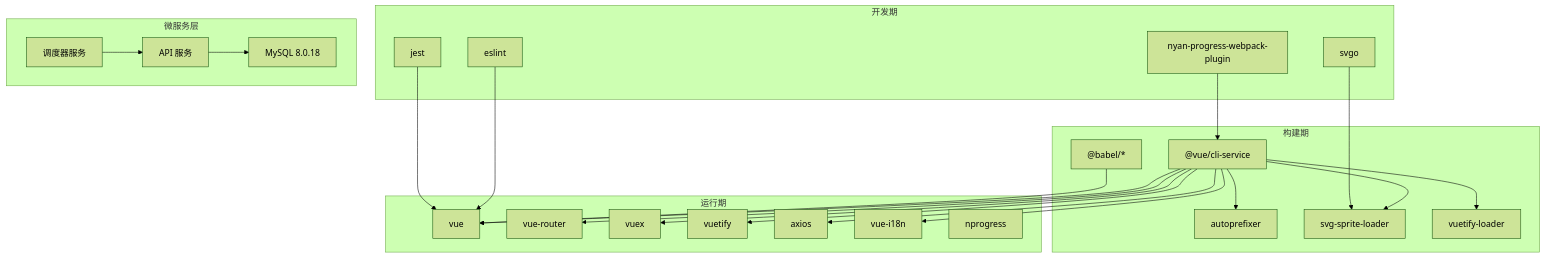
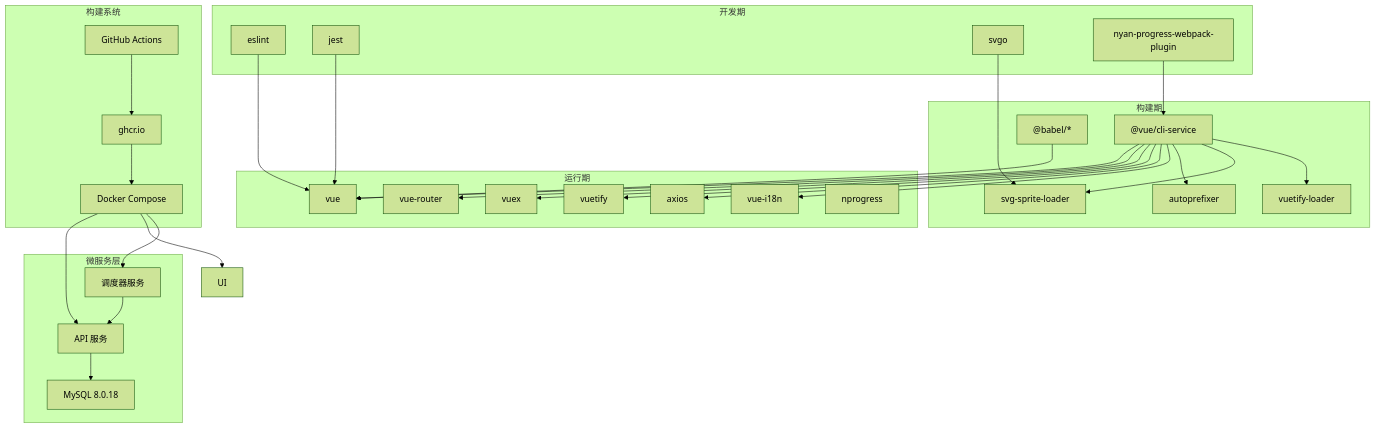
Before and after one commit to TinyMaD/SpeedRunnersLab: the tenth of 10 diagrams in .qoder/repowiki/zh/content/前端应用/构建部署/构建部署.md, drawn with Mermaid (forest theme). The commit also changed other lines of this file and 4 other files, not shown here.

````diff
--- a/.qoder/repowiki/zh/content/前端应用/构建部署/构建部署.md
+++ b/.qoder/repowiki/zh/content/前端应用/构建部署/构建部署.md
@@ -483,46 +485,56 @@
 ```mermaid
 graph TB
 subgraph "运行期"
 Vue["vue"]
 Router["vue-router"]
 Vuex["vuex"]
 Vuetify["vuetify"]
 Axios["axios"]
 I18n["vue-i18n"]
 NP["nprogress"]
 end
 subgraph "构建期"
 CLIService["@vue/cli-service"]
 Babel["@babel/*"]
 PostCSS["autoprefixer"]
 SVGLoader["svg-sprite-loader"]
 VuetifyLoader["vuetify-loader"]
 end
 subgraph "开发期"
 ESLint["eslint"]
 Jest["jest"]
 SVGO["svgo"]
 Nyan["nyan-progress-webpack-plugin"]
 end
 subgraph "微服务层"
 MySQL["MySQL 8.0.18"]
 API["API 服务"]
 Scheduler["调度器服务"]
 end
+subgraph "构建系统"
+Actions["GitHub Actions"]
+GHCR["ghcr.io"]
+Compose["Docker Compose"]
+end
 CLIService --> Vue
 CLIService --> Router
 CLIService --> Vuex
 CLIService --> Vuetify
 CLIService --> Axios
 CLIService --> I18n
 CLIService --> PostCSS
 CLIService --> SVGLoader
 CLIService --> VuetifyLoader
 Babel --> Vue
 ESLint --> Vue
 Jest --> Vue
 SVGO --> SVGLoader
 Nyan --> CLIService
 API --> MySQL
 Scheduler --> API
+Actions --> GHCR
+GHCR --> Compose
+Compose --> API
+Compose --> UI
+Compose --> Scheduler
 ```
````
